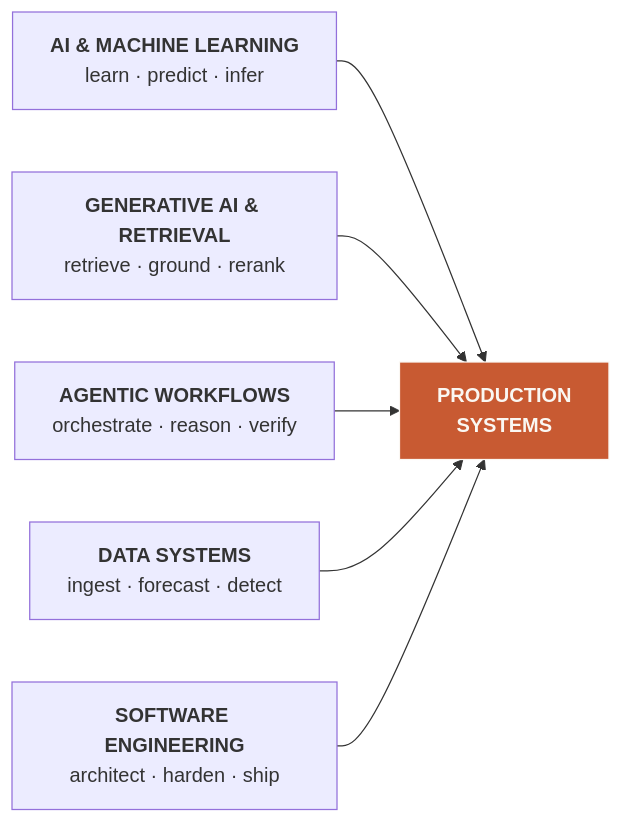
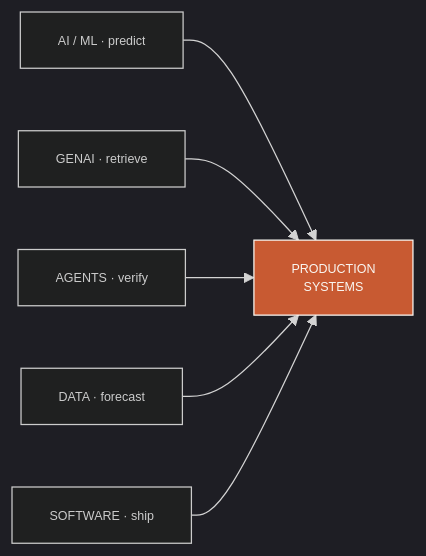
Before and after one commit to dhruv-rathi-tech/dhruv-rathi-tech: the diagram in README.md, drawn with Mermaid.

Commit message:
Reduce size and spacing of Mermaid flowchart

````diff
--- a/README.md
+++ b/README.md
@@ -9,10 +9,11 @@
 ```mermaid
+%%{init: {'theme': 'dark', 'themeVariables': {'fontSize': '10px', 'nodeSpacing': 10, 'rankSpacing': 30}}}%%
 flowchart LR
-    A["<b>AI & MACHINE LEARNING</b><br/>learn · predict · infer"] --> S["<b>PRODUCTION<br/>SYSTEMS</b>"]
-    B["<b>GENERATIVE AI & RETRIEVAL</b><br/>retrieve · ground · rerank"] --> S
-    C["<b>AGENTIC WORKFLOWS</b><br/>orchestrate · reason · verify"] --> S
-    D["<b>DATA SYSTEMS</b><br/>ingest · forecast · detect"] --> S
-    E["<b>SOFTWARE ENGINEERING</b><br/>architect · harden · ship"] --> S
+    A["AI / ML · predict"] --> S["PRODUCTION<br/>SYSTEMS"]
+    B["GENAI · retrieve"] --> S
+    C["AGENTS · verify"] --> S
+    D["DATA · forecast"] --> S
+    E["SOFTWARE · ship"] --> S
 
     style S fill:#c85a32,stroke:#FAF7F2,stroke-width:1px,color:#FAF7F2
 ```
````
